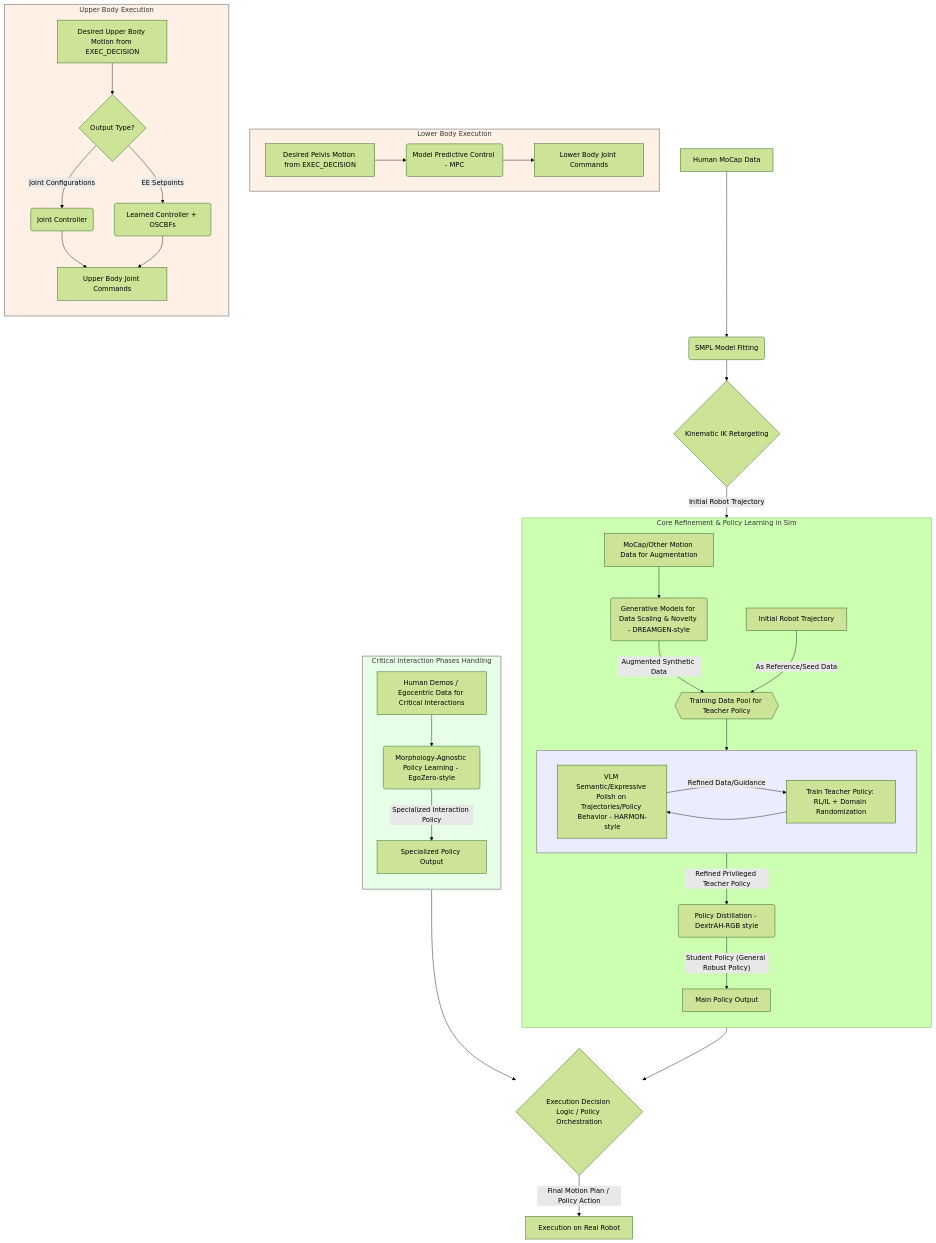
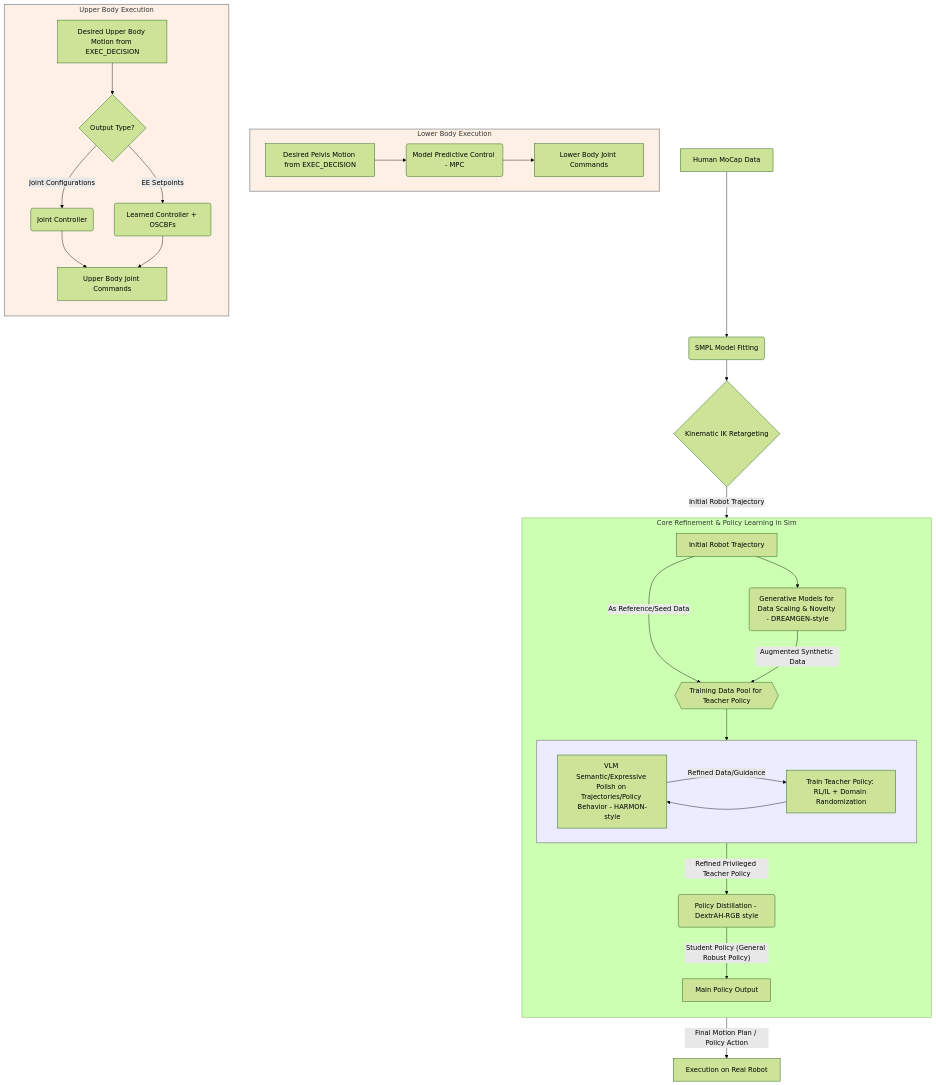
The diagram in flowchart.mmd (moribots/mocap_policy), drawn with Mermaid (forest theme) before and after one commit.

```diff
--- a/flowchart.mmd
+++ b/flowchart.mmd
@@ -1,131 +1,108 @@
 ---
 
 config:
 
 layout: dagre
 
 ---
 
 flowchart TD
 
 subgraph E_Iterative_Loop[" "]
 
 direction LR
 
 E_VLM_Polish["VLM Semantic/Expressive Polish on Trajectories/Policy Behavior - HARMON-style"]
 
 E_Train_Teacher["Train Teacher Policy: RL/IL + Domain Randomization"]
 
 end
 
 subgraph Sim_Training_Pipeline["Core Refinement & Policy Learning in Sim"]
 
 direction TB
 
 E_Initial_Traj_Node["Initial Robot Trajectory"]
 
 E_DREAMGEN("Generative Models for Data Scaling & Novelty - DREAMGEN-style")
 
-MoCap_For_DREAMGEN["MoCap/Other Motion Data for Augmentation"]
 
 E_Training_Data_Pool{{"Training Data Pool for Teacher Policy"}}
 
 E_Iterative_Loop
 
 E_Distill("Policy Distillation - DextrAH-RGB style")
 
 MAIN_POLICY_OUTPUT["Main Policy Output"]
-
-end
-
-subgraph Critical_Interaction_Handling["Critical Interaction Phases Handling"]
-
-direction TB
-
-E_EgoZero_Learn("Morphology-Agnostic Policy Learning - EgoZero-style")
-
-EgoZero_Data["Human Demos / Egocentric Data for Critical Interactions"]
-
-CRIT_POLICY_OUTPUT["Specialized Policy Output"]
 
 end
 
 subgraph F_EXEC_Lower["Lower Body Execution"]
 
 F_EXEC_L_MPC("Model Predictive Control - MPC")
 
 F_EXEC_L_Input["Desired Pelvis Motion from EXEC_DECISION"]
 
 F_EXEC_L_Cmds["Lower Body Joint Commands"]
 
 end
 
 subgraph F_EXEC_Upper["Upper Body Execution"]
 
 direction TB
 
 F_EXEC_U_Decision{"Output Type?"}
 
 F_EXEC_U_Input["Desired Upper Body Motion from EXEC_DECISION"]
 
 F_EXEC_U_JC("Joint Controller")
 
 F_EXEC_U_Cmds["Upper Body Joint Commands"]
 
 F_EXEC_U_EESC("Learned Controller + OSCBFs")
 
 end
 
 A["Human MoCap Data"] --> B("SMPL Model Fitting")
 
 B --> C{"Kinematic IK Retargeting"}
 
 C -- Initial Robot Trajectory --> E_Initial_Traj_Node
 
-MoCap_For_DREAMGEN --> E_DREAMGEN
+E_Initial_Traj_Node --> E_DREAMGEN
+
+E_Initial_Traj_Node -- As Reference/Seed Data --> E_Training_Data_Pool
 
 E_DREAMGEN -- Augmented Synthetic Data --> E_Training_Data_Pool
-
-E_Initial_Traj_Node -- As Reference/Seed Data --> E_Training_Data_Pool
 
 E_Training_Data_Pool --> E_Iterative_Loop
 
 E_Train_Teacher --> E_VLM_Polish
 
 E_VLM_Polish -- Refined Data/Guidance --> E_Train_Teacher
 
 E_Iterative_Loop -- Refined Privileged Teacher Policy --> E_Distill
 
 E_Distill -- Student Policy (General Robust Policy) --> MAIN_POLICY_OUTPUT
 
-EgoZero_Data --> E_EgoZero_Learn
-
-E_EgoZero_Learn -- Specialized Interaction Policy --> CRIT_POLICY_OUTPUT
-
-MAIN_POLICY_OUTPUT --> EXEC_DECISION{"Execution Decision Logic / Policy Orchestration"}
-
-CRIT_POLICY_OUTPUT --> EXEC_DECISION
-
-EXEC_DECISION -- Final Motion Plan / Policy Action --> F_EXEC["Execution on Real Robot"]
+MAIN_POLICY_OUTPUT -- Final Motion Plan / Policy Action --> F_EXEC["Execution on Real Robot"]
 
 F_EXEC_L_Input --> F_EXEC_L_MPC
 
 F_EXEC_L_MPC --> F_EXEC_L_Cmds
 
 F_EXEC_U_Input --> F_EXEC_U_Decision
 
 F_EXEC_U_Decision -- Joint Configurations --> F_EXEC_U_JC
 
 F_EXEC_U_JC --> F_EXEC_U_Cmds
 
 F_EXEC_U_Decision -- EE Setpoints --> F_EXEC_U_EESC
 
 F_EXEC_U_EESC --> F_EXEC_U_Cmds
 
 style E_Iterative_Loop fill:#ececff,stroke:#999,stroke-width:2px
 
-style Critical_Interaction_Handling fill:#e6ffe6,stroke:#999,stroke-width:2px
-
 style F_EXEC_Lower fill:#fff0e6,stroke:#999,stroke-width:2px
 
 style F_EXEC_Upper fill:#fff0e6,stroke:#999,stroke-width:2px
```
